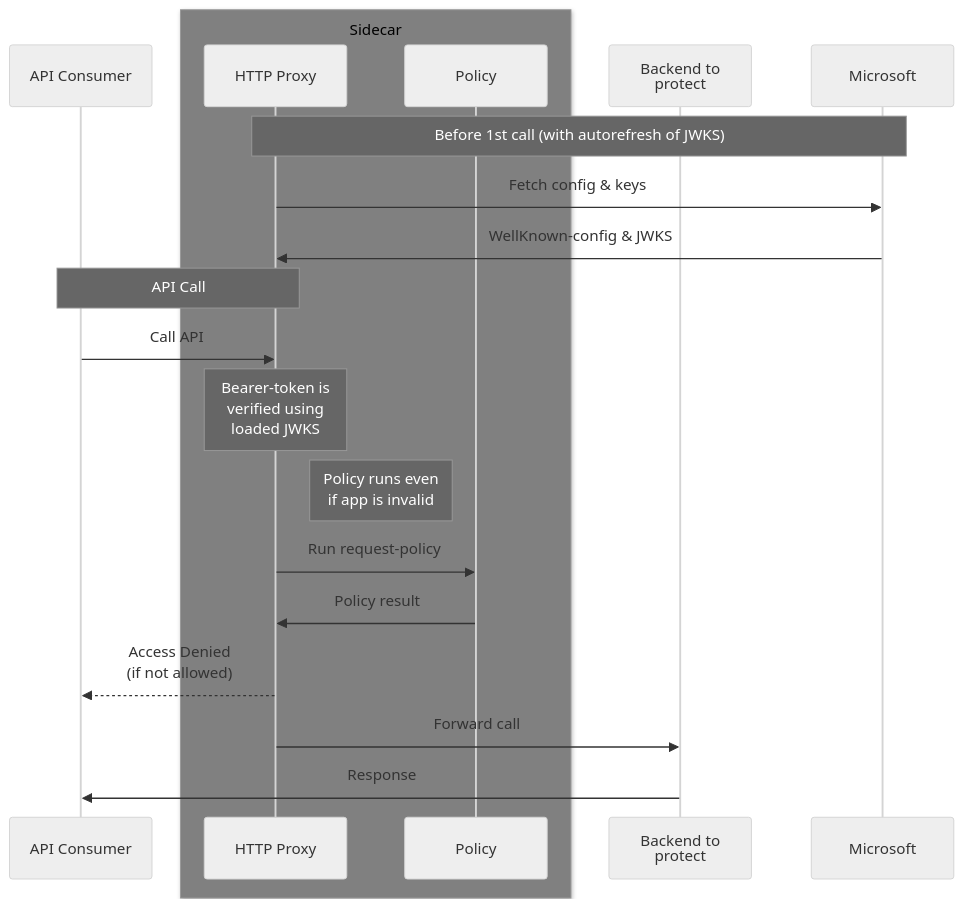
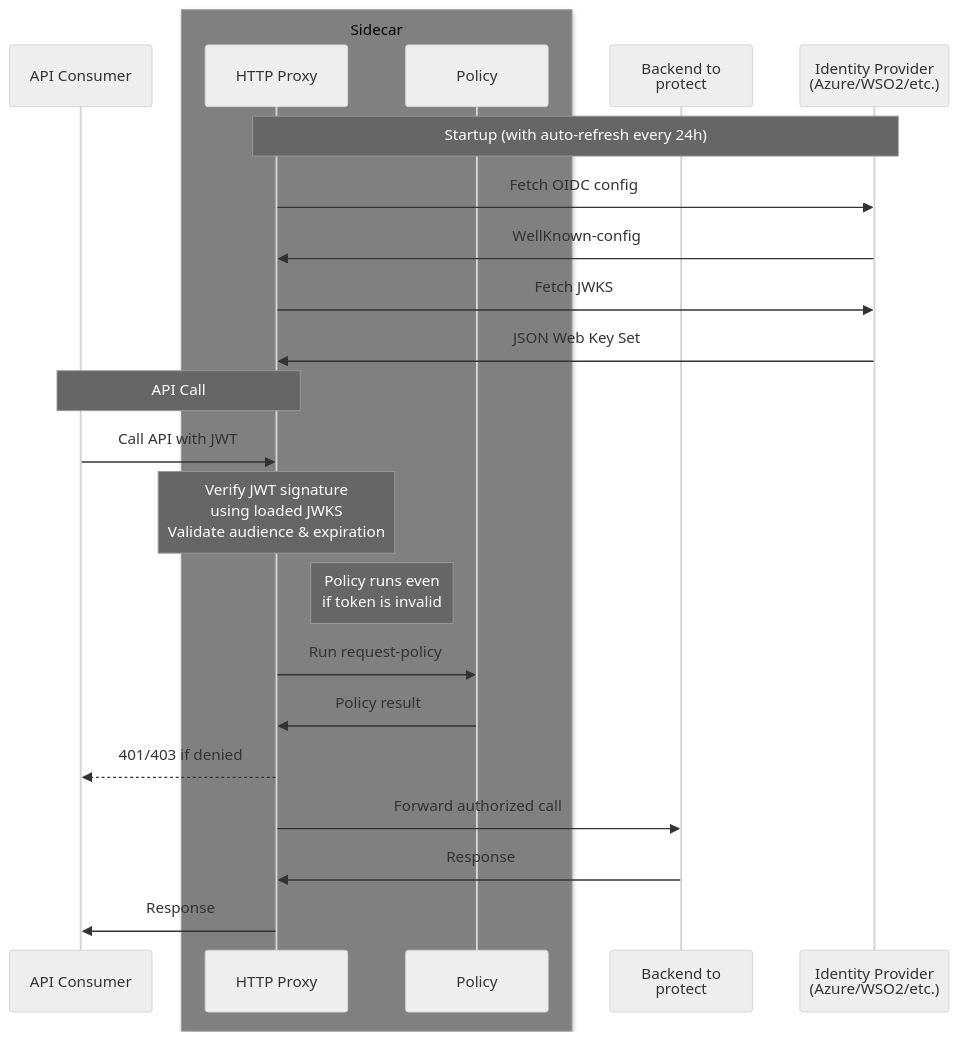
Before and after one commit to AB-Lindex/rest-rego: the diagram in docs/JWT.md, drawn with Mermaid (neutral theme). The commit also changed other lines of this file and 4 other files, not shown here.

````diff
--- a/docs/JWT.md
+++ b/docs/JWT.md
@@ -36,26 +65,27 @@
 ```mermaid
 sequenceDiagram
-  %%autonumber
   participant u as API Consumer
   box gray Sidecar
   participant p as HTTP Proxy
   participant pol as Policy
   end
   participant b as Backend to<br>protect
-  participant ms as Microsoft
+  participant idp as Identity Provider<br>(Azure/WSO2/etc.)
 
-
-  note over p,ms: Before 1st call (with autorefresh of JWKS)
-  p->>ms: Fetch config & keys
-  ms->>p: WellKnown-config & JWKS
+  note over p,idp: Startup (with auto-refresh every 24h)
+  p->>idp: Fetch OIDC config
+  idp->>p: WellKnown-config
+  p->>idp: Fetch JWKS
+  idp->>p: JSON Web Key Set
 
   note over u,p: API Call
-  u->>p: Call API
-  note over p: Bearer-token is<br>verified using<br>loaded JWKS
-  note left of pol: Policy runs even<br/>if app is invalid
+  u->>p: Call API with JWT
+  note over p: Verify JWT signature<br>using loaded JWKS<br>Validate audience & expiration
+  note left of pol: Policy runs even<br/>if token is invalid
   p->>pol: Run request-policy
   pol->>p: Policy result
-  p-->>u: Access Denied<br/>(if not allowed)
-  p->>b: Forward call
-  b->>u: Response
+  p-->>u: 401/403 if denied
+  p->>b: Forward authorized call
+  b->>p: Response
+  p->>u: Response
 ```
````
